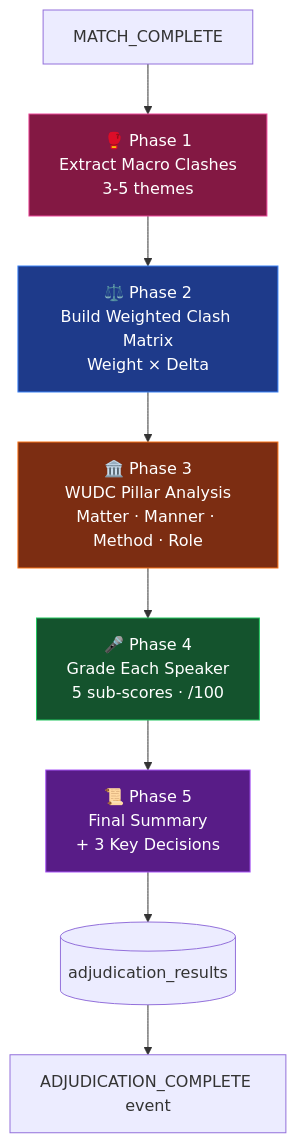
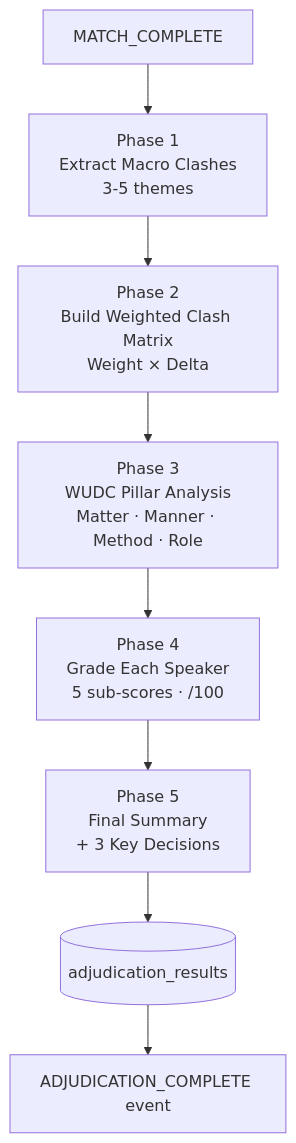
The third of 4 diagrams in readme.md (im-rk/agora-ai-engine), drawn with Mermaid before and after one commit. The commit also changed other lines of this file, not shown here.

Commit message:
docs: refactor README with updated architecture overview, service responsibilities, and visual branding.

````diff
--- a/readme.md
+++ b/readme.md
@@ -279,16 +285,10 @@
 ```mermaid
 graph TD
     Trigger[MATCH_COMPLETE] --> P1
-    P1[🥊 Phase 1<br/>Extract Macro Clashes<br/>3-5 themes] --> P2
-    P2[⚖️ Phase 2<br/>Build Weighted Clash Matrix<br/>Weight × Delta] --> P3
-    P3[🏛️ Phase 3<br/>WUDC Pillar Analysis<br/>Matter · Manner · Method · Role] --> P4
-    P4[🎤 Phase 4<br/>Grade Each Speaker<br/>5 sub-scores · /100] --> P5
-    P5[📜 Phase 5<br/>Final Summary<br/>+ 3 Key Decisions] --> Save[(adjudication_results)]
+    P1[Phase 1<br/>Extract Macro Clashes<br/>3-5 themes] --> P2
+    P2[Phase 2<br/>Build Weighted Clash Matrix<br/>Weight × Delta] --> P3
+    P3[Phase 3<br/>WUDC Pillar Analysis<br/>Matter · Manner · Method · Role] --> P4
+    P4[Phase 4<br/>Grade Each Speaker<br/>5 sub-scores · /100] --> P5
+    P5[Phase 5<br/>Final Summary<br/>+ 3 Key Decisions] --> Save[(adjudication_results)]
     Save --> Pub[ADJUDICATION_COMPLETE event]
-
-    style P1 fill:#831843,stroke:#ec4899,color:#fff
-    style P2 fill:#1e3a8a,stroke:#3b82f6,color:#fff
-    style P3 fill:#7c2d12,stroke:#f97316,color:#fff
-    style P4 fill:#14532d,stroke:#22c55e,color:#fff
-    style P5 fill:#581c87,stroke:#a855f7,color:#fff
 ```
````
